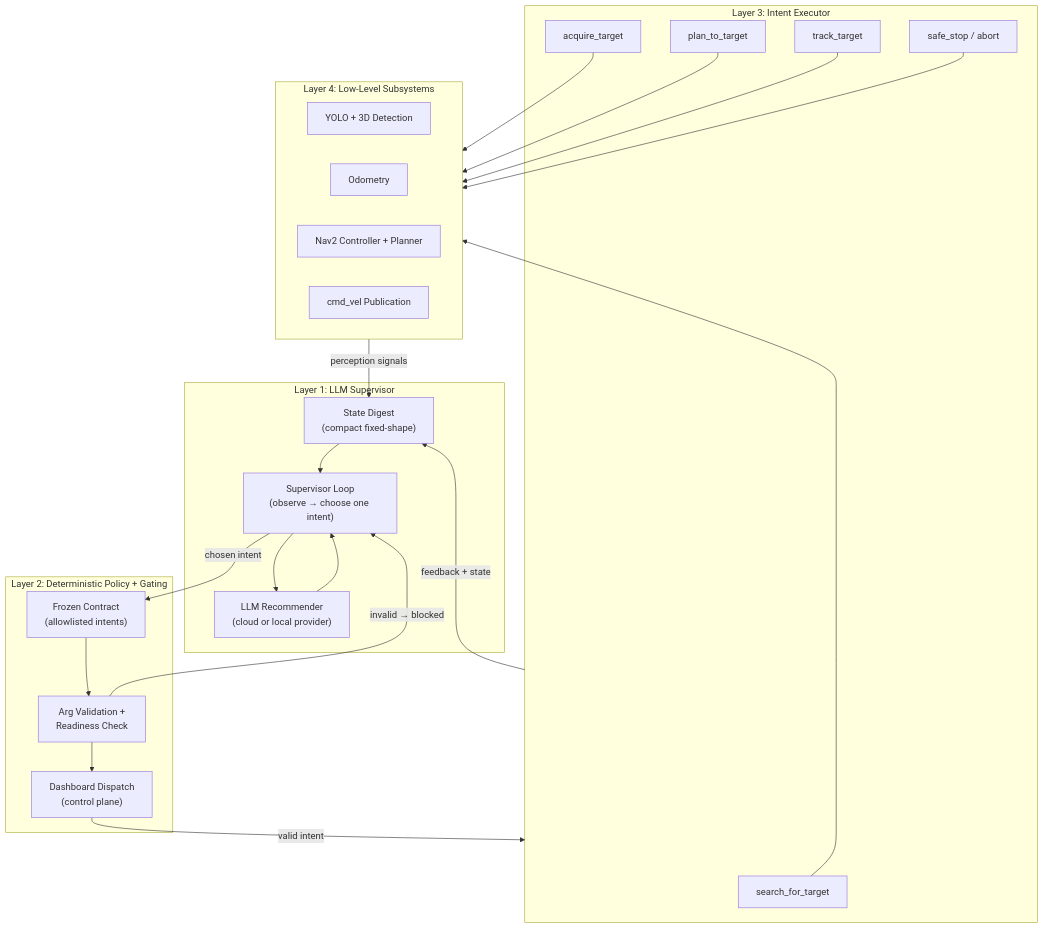
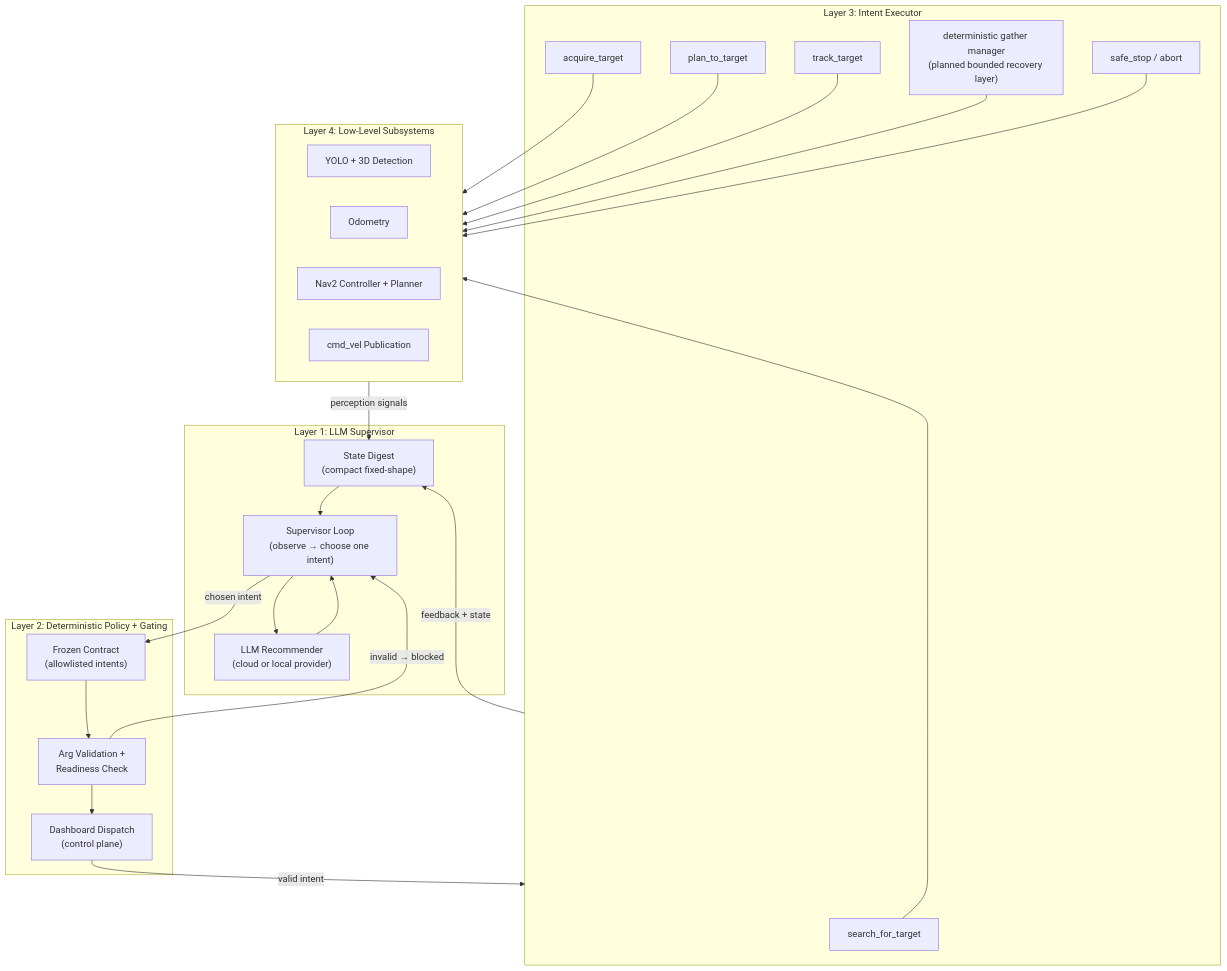
The first of 3 diagrams in docs/LLM_CONTROL_ARCHITECTURE.md (fsmalkin/chasebot), drawn with Mermaid before and after one commit. The commit also changed other lines of this file and 8 other files, not shown here.

Commit message:
Reframe gather recovery around generalization

````diff
--- a/docs/LLM_CONTROL_ARCHITECTURE.md
+++ b/docs/LLM_CONTROL_ARCHITECTURE.md
@@ -28,41 +30,42 @@
 ```mermaid
 graph TB
     subgraph L1["Layer 1: LLM Supervisor"]
         Digest["State Digest<br/>(compact fixed-shape)"]
         Recommender["LLM Recommender<br/>(cloud or local provider)"]
         Loop["Supervisor Loop<br/>(observe → choose one intent)"]
         Digest --> Loop
         Loop --> Recommender
         Recommender --> Loop
     end
 
     subgraph L2["Layer 2: Deterministic Policy + Gating"]
         Contract["Frozen Contract<br/>(allowlisted intents)"]
         Validate["Arg Validation +<br/>Readiness Check"]
         Dispatch["Dashboard Dispatch<br/>(control plane)"]
         Contract --> Validate
         Validate --> Dispatch
     end
 
     subgraph L3["Layer 3: Intent Executor"]
         Search["search_for_target"]
         Acquire["acquire_target"]
         Plan["plan_to_target"]
         Track["track_target"]
+        Gather["deterministic gather manager<br/>(planned bounded recovery layer)"]
         Stop["safe_stop / abort"]
     end
 
     subgraph L4["Layer 4: Low-Level Subsystems"]
         YOLO["YOLO + 3D Detection"]
         Odom["Odometry"]
         NavCtrl["Nav2 Controller + Planner"]
         CmdVel["cmd_vel Publication"]
     end
 
     Loop -- "chosen intent" --> Contract
     Validate -- "invalid → blocked" --> Loop
     Dispatch -- "valid intent" --> L3
     L3 -- "feedback + state" --> Digest
     L4 -- "perception signals" --> Digest
-    Search & Acquire & Plan & Track & Stop --> L4
+    Search & Acquire & Plan & Track & Gather & Stop --> L4
 ```
````
